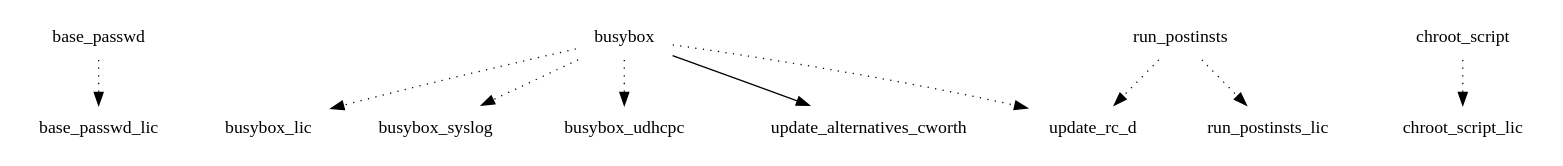
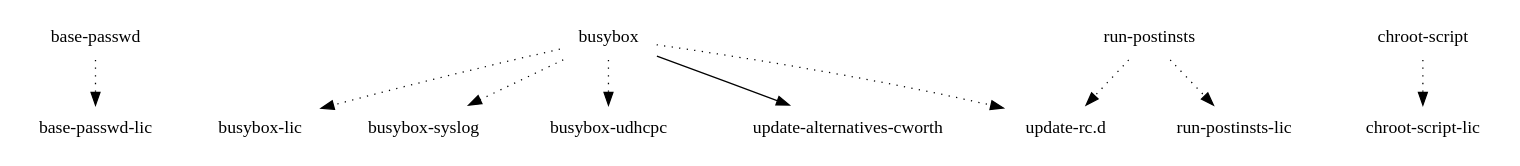
The diagram in images/maguro/eglibc/chroot-image/depends-nokernel-nolibc.dot (webOS-ports/buildhistory), drawn with Graphviz before and after one commit. The commit also changed 16 other files, not shown here.

```diff
--- a/images/maguro/eglibc/chroot-image/depends-nokernel-nolibc.dot
+++ b/images/maguro/eglibc/chroot-image/depends-nokernel-nolibc.dot
@@ -1,12 +1,12 @@
 digraph depends {
     node [shape=plaintext]
-base_passwd -> base_passwd_lic [style=dotted];
-busybox -> busybox_lic [style=dotted];
-busybox -> busybox_syslog [style=dotted];
-busybox -> busybox_udhcpc [style=dotted];
-busybox -> update_alternatives_cworth;
-busybox -> update_rc_d [style=dotted];
-chroot_script -> chroot_script_lic [style=dotted];
-run_postinsts -> run_postinsts_lic [style=dotted];
-run_postinsts -> update_rc_d [style=dotted];
+"base-passwd" -> "base-passwd-lic" [style=dotted];
+"busybox" -> "busybox-lic" [style=dotted];
+"busybox" -> "busybox-syslog" [style=dotted];
+"busybox" -> "busybox-udhcpc" [style=dotted];
+"busybox" -> "update-alternatives-cworth";
+"busybox" -> "update-rc.d" [style=dotted];
+"chroot-script" -> "chroot-script-lic" [style=dotted];
+"run-postinsts" -> "run-postinsts-lic" [style=dotted];
+"run-postinsts" -> "update-rc.d" [style=dotted];
 }
```
